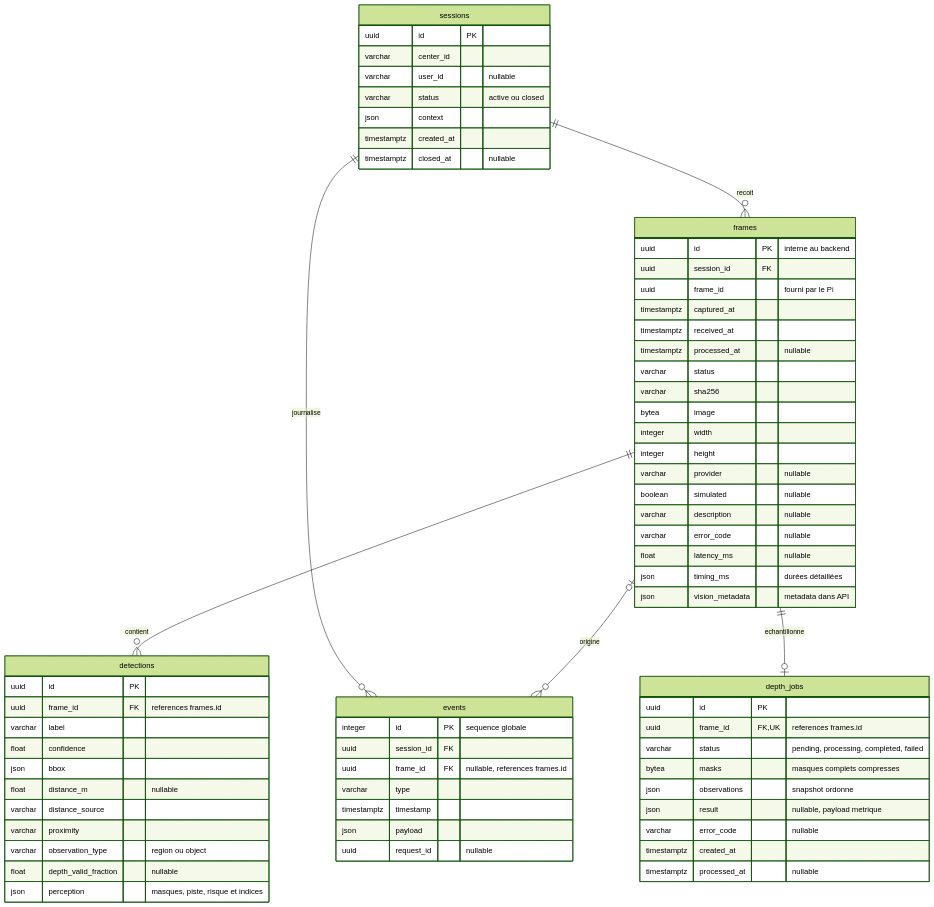
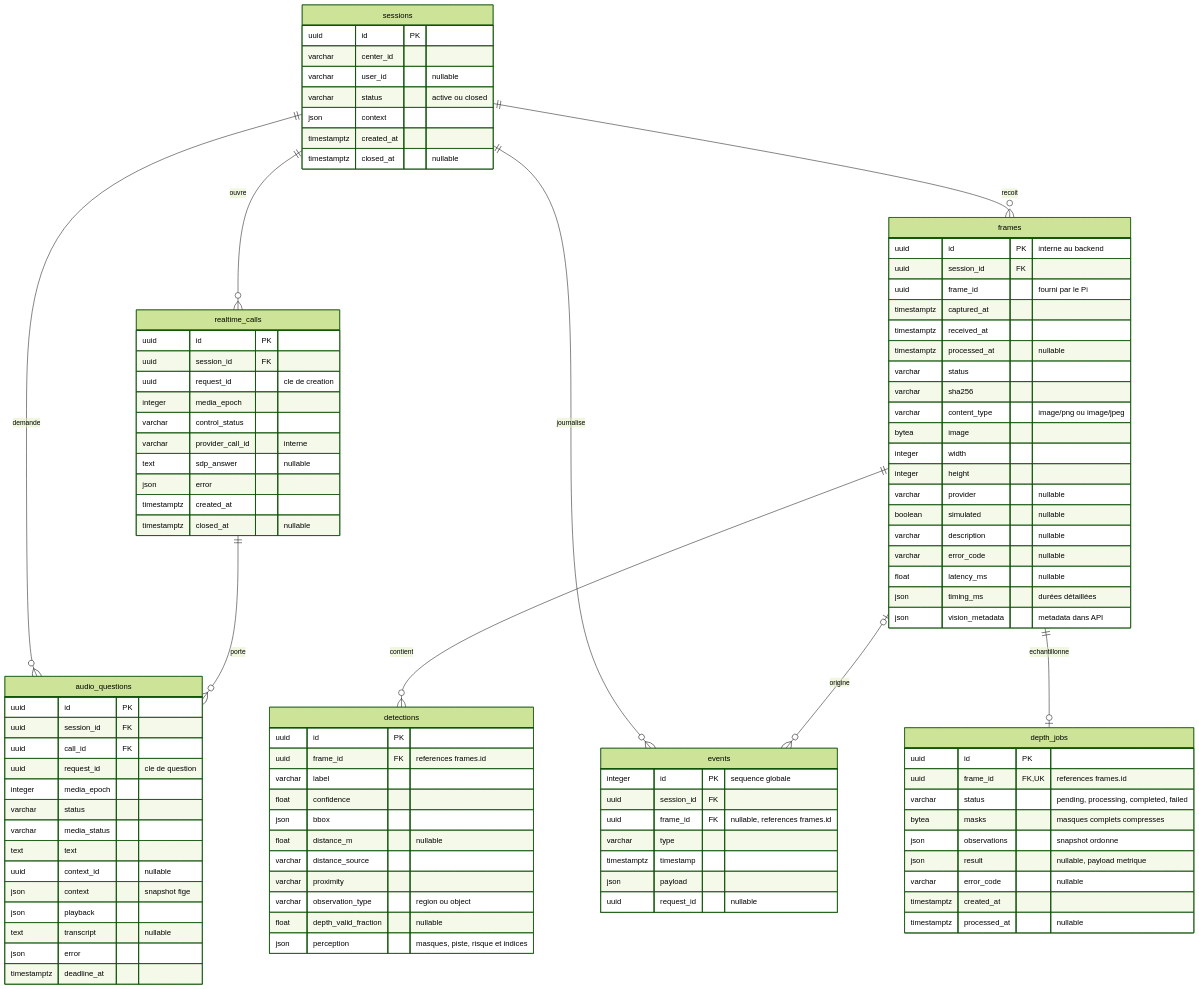
The diagram in docs/diagrams/04-base-de-donnees.mmd (Mindsept/Looki--Vision), drawn with Mermaid (forest theme) before and after one commit. The commit also changed 56 other files, not shown here.

Commit message:
feat(contracts): implement mobile realtime lifecycle and PNG ingestion

```diff
--- a/docs/diagrams/04-base-de-donnees.mmd
+++ b/docs/diagrams/04-base-de-donnees.mmd
@@ -1,69 +1,101 @@
 %% LOOKi - diagramme détaillé dans ../02-base-de-donnees.md
 erDiagram
+    sessions ||--o{ realtime_calls : ouvre
+    sessions ||--o{ audio_questions : demande
+    realtime_calls ||--o{ audio_questions : porte
     sessions ||--o{ frames : recoit
     sessions ||--o{ events : journalise
     frames ||--o{ detections : contient
     frames o|--o{ events : origine
     frames ||--o| depth_jobs : echantillonne
     sessions {
         uuid id PK
         varchar center_id
         varchar user_id "nullable"
         varchar status "active ou closed"
         json context
         timestamptz created_at
         timestamptz closed_at "nullable"
     }
     frames {
         uuid id PK "interne au backend"
         uuid session_id FK
         uuid frame_id "fourni par le Pi"
         timestamptz captured_at
         timestamptz received_at
         timestamptz processed_at "nullable"
         varchar status
         varchar sha256
+        varchar content_type "image/png ou image/jpeg"
         bytea image
         integer width
         integer height
         varchar provider "nullable"
         boolean simulated "nullable"
         varchar description "nullable"
         varchar error_code "nullable"
         float latency_ms "nullable"
         json timing_ms "durées détaillées"
         json vision_metadata "metadata dans API"
     }
     detections {
         uuid id PK
         uuid frame_id FK "references frames.id"
         varchar label
         float confidence
         json bbox
         float distance_m "nullable"
         varchar distance_source
         varchar proximity
         varchar observation_type "region ou object"
         float depth_valid_fraction "nullable"
         json perception "masques, piste, risque et indices"
     }
     events {
         integer id PK "sequence globale"
         uuid session_id FK
         uuid frame_id FK "nullable, references frames.id"
         varchar type
         timestamptz timestamp
         json payload
         uuid request_id "nullable"
     }
     depth_jobs {
         uuid id PK
         uuid frame_id FK,UK "references frames.id"
         varchar status "pending, processing, completed, failed"
         bytea masks "masques complets compresses"
         json observations "snapshot ordonne"
         json result "nullable, payload metrique"
         varchar error_code "nullable"
         timestamptz created_at
         timestamptz processed_at "nullable"
     }
+    realtime_calls {
+        uuid id PK
+        uuid session_id FK
+        uuid request_id "cle de creation"
+        integer media_epoch
+        varchar control_status
+        varchar provider_call_id "interne"
+        text sdp_answer "nullable"
+        json error
+        timestamptz created_at
+        timestamptz closed_at "nullable"
+    }
+    audio_questions {
+        uuid id PK
+        uuid session_id FK
+        uuid call_id FK
+        uuid request_id "cle de question"
+        integer media_epoch
+        varchar status
+        varchar media_status
+        text text
+        uuid context_id "nullable"
+        json context "snapshot fige"
+        json playback
+        text transcript "nullable"
+        json error
+        timestamptz deadline_at
+    }
```
